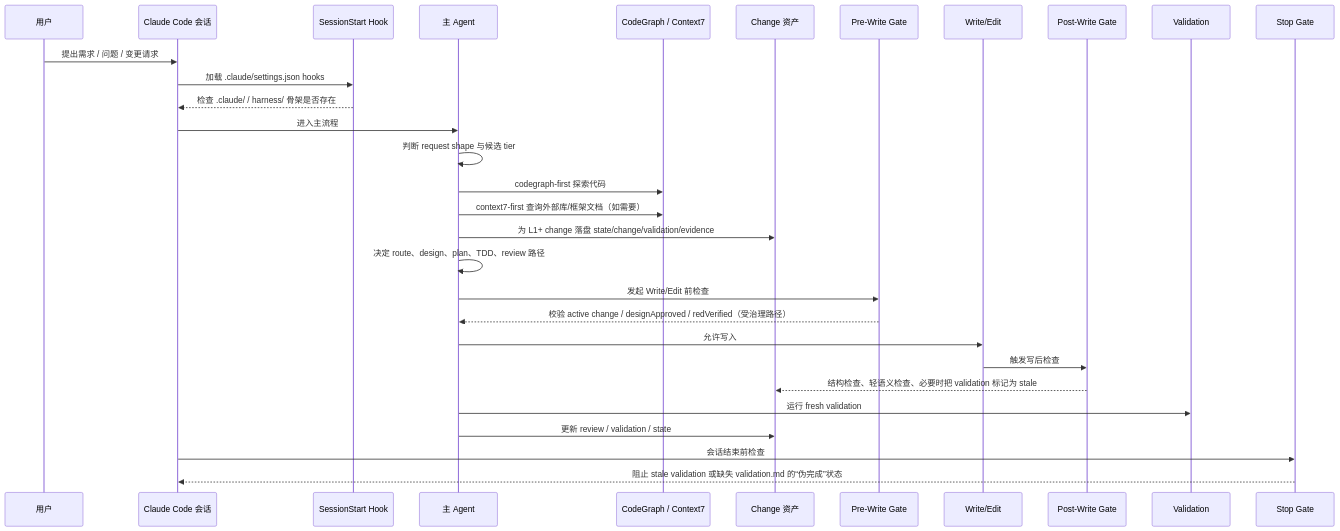
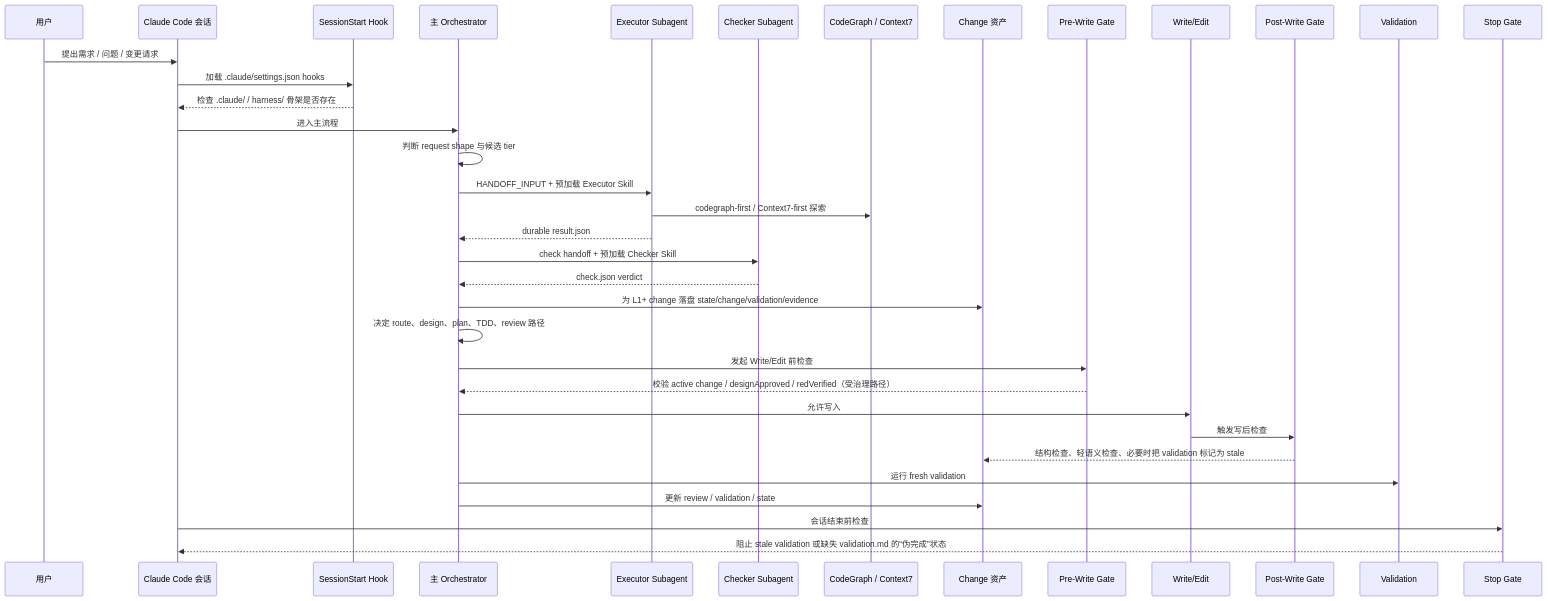
The diagram in docs/zh-cn/overview.md (Emtemf/enterprise-harness), drawn with Mermaid before and after one commit. The commit also changed other lines of this file and 77 other files, not shown here.

````diff
--- a/docs/zh-cn/overview.md
+++ b/docs/zh-cn/overview.md
@@ -72,33 +74,38 @@
 ```mermaid
 sequenceDiagram
     participant U as 用户
     participant C as Claude Code 会话
     participant S as SessionStart Hook
-    participant M as 主 Agent
+    participant M as 主 Orchestrator
+    participant E as Executor Subagent
+    participant R as Checker Subagent
     participant X as CodeGraph / Context7
     participant A as Change 资产
     participant G as Pre-Write Gate
     participant W as Write/Edit
     participant P as Post-Write Gate
     participant V as Validation
     participant T as Stop Gate
 
     U->>C: 提出需求 / 问题 / 变更请求
     C->>S: 加载 .claude/settings.json hooks
     S-->>C: 检查 .claude/ / harness/ 骨架是否存在
     C->>M: 进入主流程
     M->>M: 判断 request shape 与候选 tier
-    M->>X: codegraph-first 探索代码
-    M->>X: context7-first 查询外部库/框架文档（如需要）
+    M->>E: HANDOFF_INPUT + 预加载 Executor Skill
+    E->>X: codegraph-first / Context7-first 探索
+    E-->>M: durable result.json
+    M->>R: check handoff + 预加载 Checker Skill
+    R-->>M: check.json verdict
     M->>A: 为 L1+ change 落盘 state/change/validation/evidence
     M->>M: 决定 route、design、plan、TDD、review 路径
     M->>G: 发起 Write/Edit 前检查
     G-->>M: 校验 active change / designApproved / redVerified（受治理路径）
     M->>W: 允许写入
     W->>P: 触发写后检查
     P-->>A: 结构检查、轻语义检查、必要时把 validation 标记为 stale
     M->>V: 运行 fresh validation
     M->>A: 更新 review / validation / state
     C->>T: 会话结束前检查
     T-->>C: 阻止 stale validation 或缺失 validation.md 的“伪完成”状态
 ```
````
